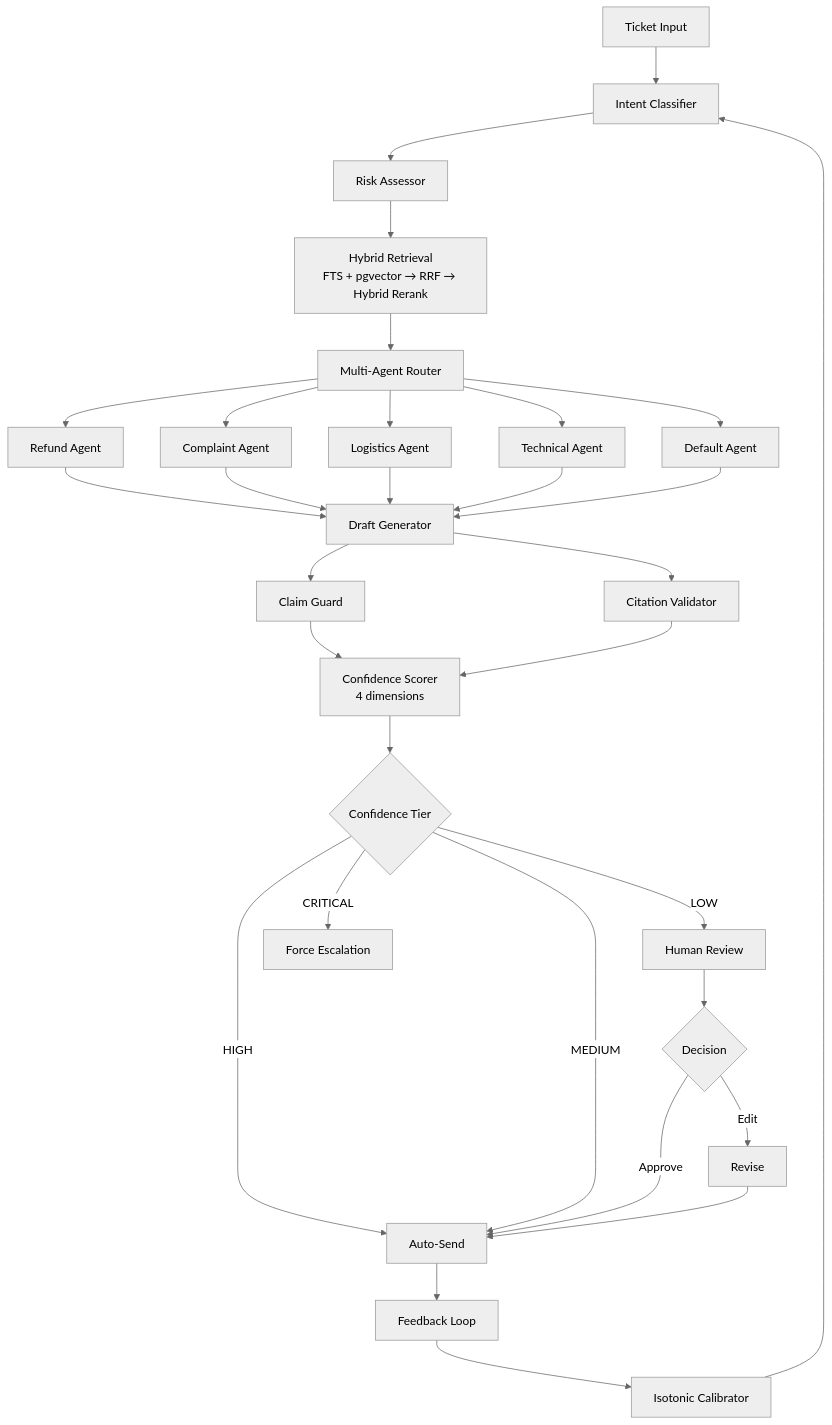
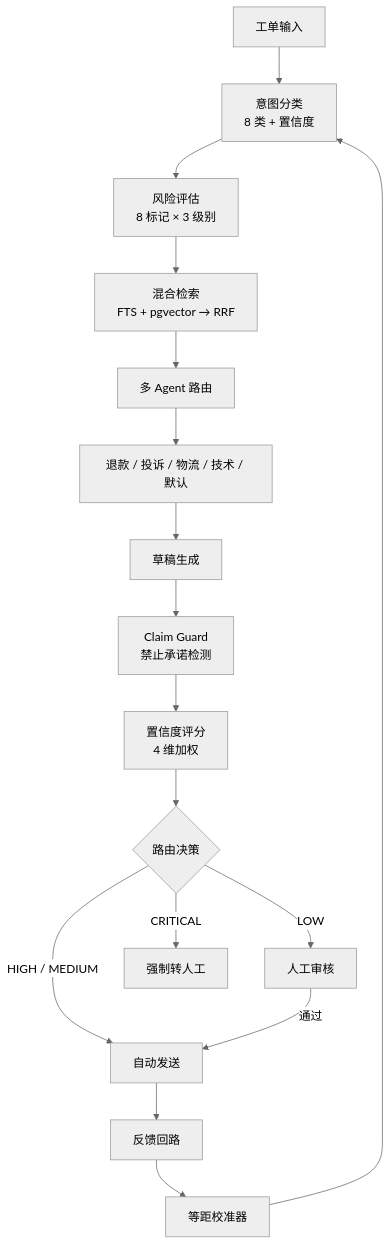
One commit to lennney/ticketpilot changed the diagram in README.md. Above: the diagram before and after it, drawn with Mermaid (neutral theme). The commit also changed other lines of this file, not shown here.

````diff
--- a/README.md
+++ b/README.md
@@ -43,33 +65,19 @@
 ```mermaid
 graph TD
-    A[Ticket Input] --> B[Intent Classifier]
-    B --> C[Risk Assessor]
-    C --> D[Hybrid Retrieval<br/>FTS + pgvector → RRF → Hybrid Rerank]
-    D --> E[Multi-Agent Router]
-    E --> F[Refund Agent]
-    E --> G[Complaint Agent]
-    E --> H[Logistics Agent]
-    E --> I[Technical Agent]
-    E --> J[Default Agent]
-    F --> K[Draft Generator]
-    G --> K
-    H --> K
-    I --> K
-    J --> K
-    K --> L[Claim Guard]
-    K --> M[Citation Validator]
-    L --> N[Confidence Scorer<br/>4 dimensions]
-    M --> N
-    N --> O{Confidence Tier}
-    O -->|HIGH| P[Auto-Send]
-    O -->|MEDIUM| P
-    O -->|LOW| Q[Human Review]
-    O -->|CRITICAL| R[Force Escalation]
-    Q --> S{Decision}
-    S -->|Approve| P
-    S -->|Edit| T[Revise]
-    T --> P
-    P --> U[Feedback Loop]
-    U --> V[Isotonic Calibrator]
-    V --> B
+    A[工单输入] --> B[意图分类<br/>8 类 + 置信度]
+    B --> C[风险评估<br/>8 标记 × 3 级别]
+    C --> D[混合检索<br/>FTS + pgvector → RRF]
+    D --> E[多 Agent 路由]
+    E --> F[退款 / 投诉 / 物流 / 技术 / 默认]
+    F --> G[草稿生成]
+    G --> H[Claim Guard<br/>禁止承诺检测]
+    H --> I[置信度评分<br/>4 维加权]
+    I --> J{路由决策}
+    J -->|HIGH / MEDIUM| K[自动发送]
+    J -->|LOW| L[人工审核]
+    J -->|CRITICAL| M[强制转人工]
+    L -->|通过| K
+    K --> N[反馈回路]
+    N --> O[等距校准器]
+    O --> B
 ```
````
